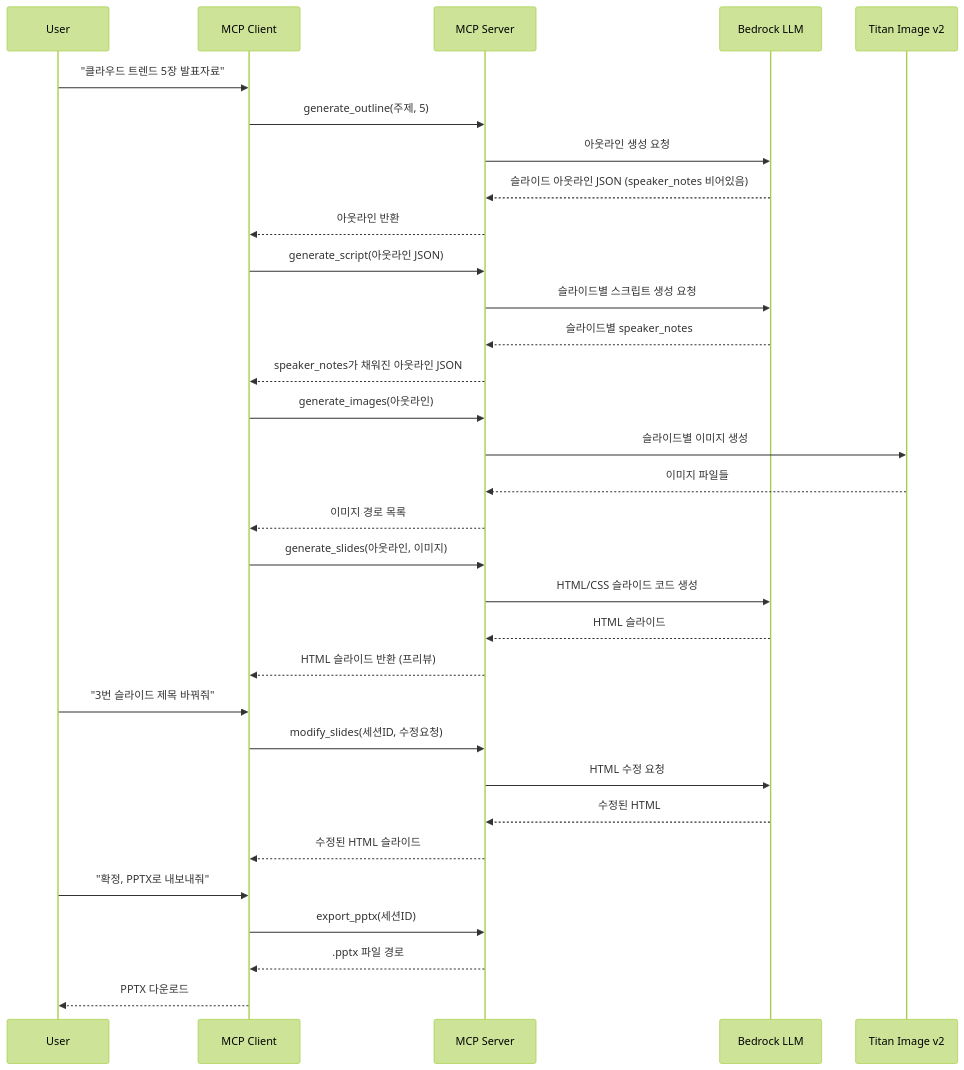
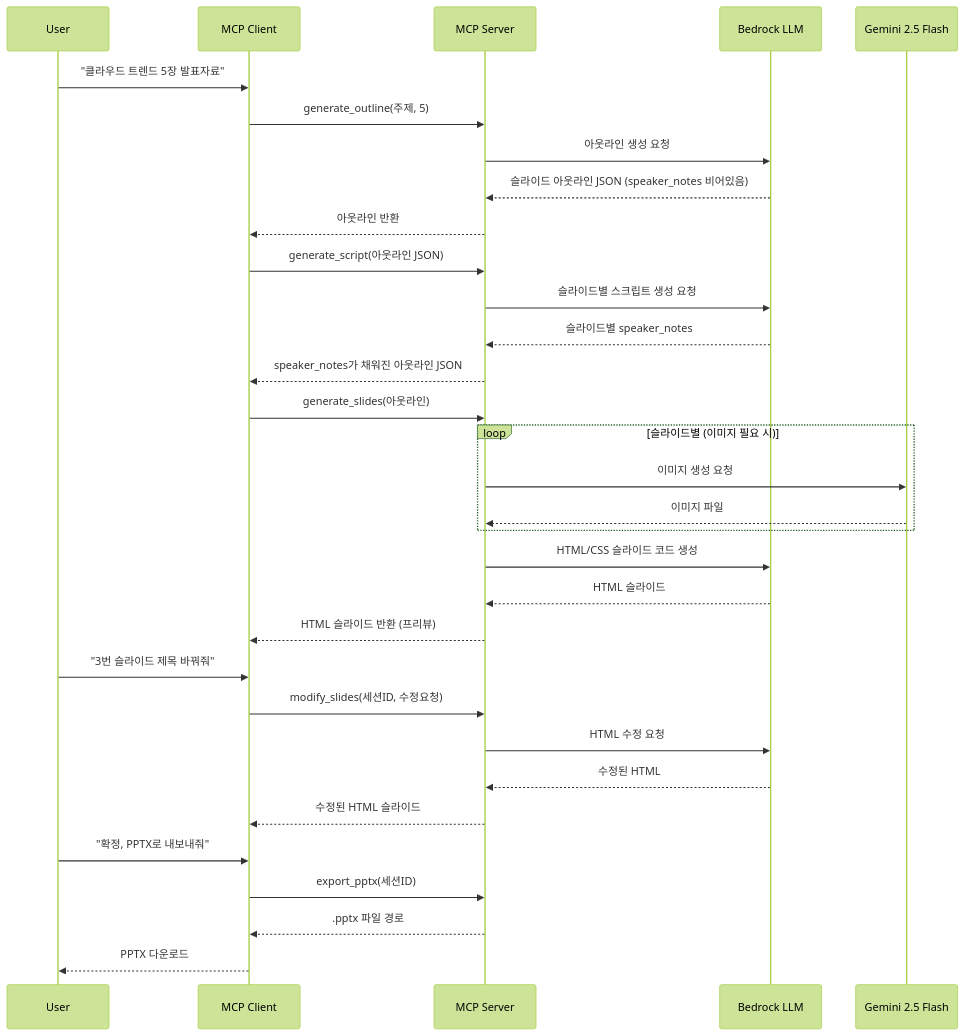
The third of 3 diagrams in docs/ppt-generator.alps.md (haandol/ppt-generator), drawn with Mermaid (forest theme) before and after one commit. The commit also changed other lines of this file and 31 other files, not shown here.

````diff
--- a/docs/ppt-generator.alps.md
+++ b/docs/ppt-generator.alps.md
@@ -161,40 +158,39 @@
 ```mermaid
 sequenceDiagram
     participant User
     participant MCPClient as MCP Client
     participant MCPServer as MCP Server
     participant Bedrock as Bedrock LLM
-    participant Titan as Titan Image v2
+    participant Gemini as Gemini 2.5 Flash
 
     User->>MCPClient: "클라우드 트렌드 5장 발표자료"
     MCPClient->>MCPServer: generate_outline(주제, 5)
     MCPServer->>Bedrock: 아웃라인 생성 요청
     Bedrock-->>MCPServer: 슬라이드 아웃라인 JSON (speaker_notes 비어있음)
     MCPServer-->>MCPClient: 아웃라인 반환
 
     MCPClient->>MCPServer: generate_script(아웃라인 JSON)
     MCPServer->>Bedrock: 슬라이드별 스크립트 생성 요청
     Bedrock-->>MCPServer: 슬라이드별 speaker_notes
     MCPServer-->>MCPClient: speaker_notes가 채워진 아웃라인 JSON
 
-    MCPClient->>MCPServer: generate_images(아웃라인)
-    MCPServer->>Titan: 슬라이드별 이미지 생성
-    Titan-->>MCPServer: 이미지 파일들
-    MCPServer-->>MCPClient: 이미지 경로 목록
-
-    MCPClient->>MCPServer: generate_slides(아웃라인, 이미지)
+    MCPClient->>MCPServer: generate_slides(아웃라인)
+    loop 슬라이드별 (이미지 필요 시)
+        MCPServer->>Gemini: 이미지 생성 요청
+        Gemini-->>MCPServer: 이미지 파일
+    end
     MCPServer->>Bedrock: HTML/CSS 슬라이드 코드 생성
     Bedrock-->>MCPServer: HTML 슬라이드
     MCPServer-->>MCPClient: HTML 슬라이드 반환 (프리뷰)
 
     User->>MCPClient: "3번 슬라이드 제목 바꿔줘"
     MCPClient->>MCPServer: modify_slides(세션ID, 수정요청)
     MCPServer->>Bedrock: HTML 수정 요청
     Bedrock-->>MCPServer: 수정된 HTML
     MCPServer-->>MCPClient: 수정된 HTML 슬라이드
 
     User->>MCPClient: "확정, PPTX로 내보내줘"
     MCPClient->>MCPServer: export_pptx(세션ID)
     MCPServer-->>MCPClient: .pptx 파일 경로
     MCPClient-->>User: PPTX 다운로드
 ```
````
